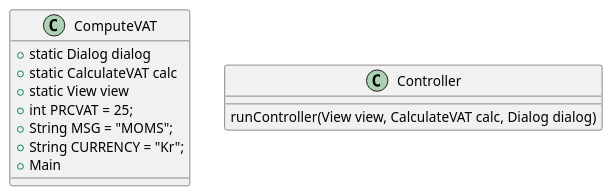
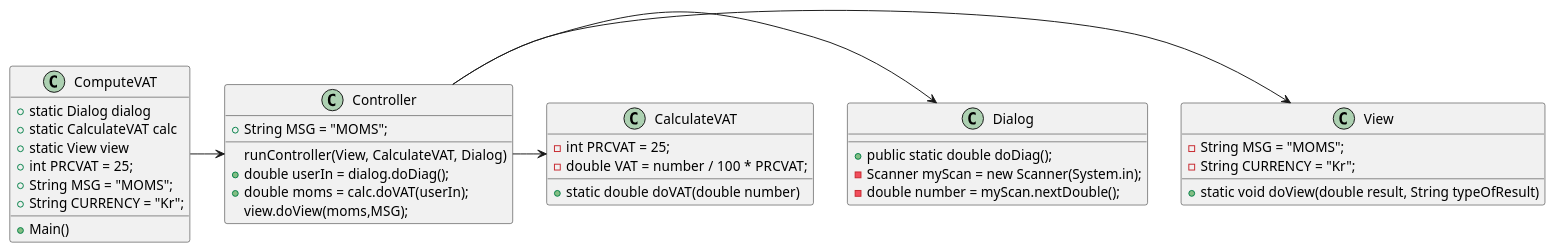
The diagram in torsdagsOpgaverPelle14.10.2021/ComputeVAT/src/Diagram.puml (pelle112112/PelleSkole), drawn with PlantUML before and after one commit. The commit also changed 3 other files, not shown here.

```diff
--- a/torsdagsOpgaverPelle14.10.2021/ComputeVAT/src/Diagram.puml
+++ b/torsdagsOpgaverPelle14.10.2021/ComputeVAT/src/Diagram.puml
@@ -1,20 +1,48 @@
 @startuml
 
 Class ComputeVAT{
      + static Dialog dialog
      + static CalculateVAT calc
      + static View view
      + int PRCVAT = 25;
      + String MSG = "MOMS";
      + String CURRENCY = "Kr";
-     + Main
+     + Main()
+}
+ComputeVAT -> Controller
+Class Controller{
+    runController(View, CalculateVAT, Dialog)
+    + String MSG = "MOMS";
+    + double userIn = dialog.doDiag();
+    + double moms = calc.doVAT(userIn);
+    view.doView(moms,MSG);
+}
+Controller -> View
+
+
+Class View{
+
+    + static void doView(double result, String typeOfResult)
+    - String MSG = "MOMS";
+    - String CURRENCY = "Kr";
+
 }
 
-Class Controller{
+Controller -> Dialog
 
-    runController(View view, CalculateVAT calc, Dialog dialog)
-
-
+Class Dialog{
+    + public static double doDiag();
+    - Scanner myScan = new Scanner(System.in);
+    - double number = myScan.nextDouble();
 
 }
+
+Controller -> CalculateVAT
+Class CalculateVAT{
+    + static double doVAT(double number)
+    - int PRCVAT = 25;
+    - double VAT = number / 100 * PRCVAT;
+
+}
+
 @enduml
```
